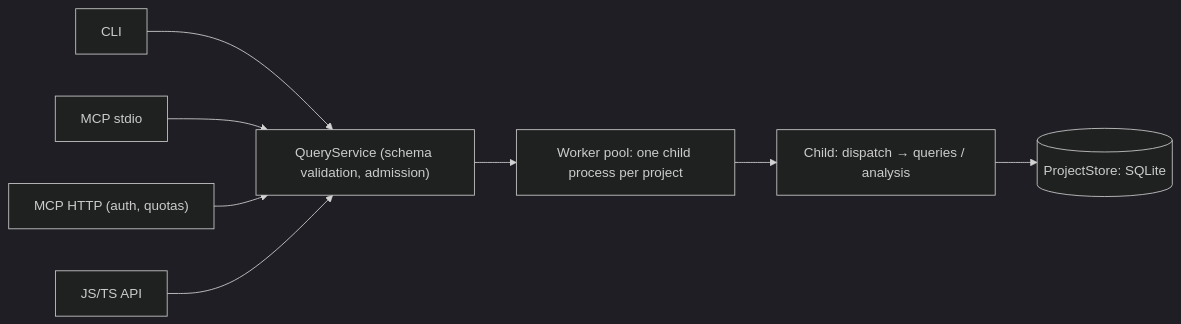
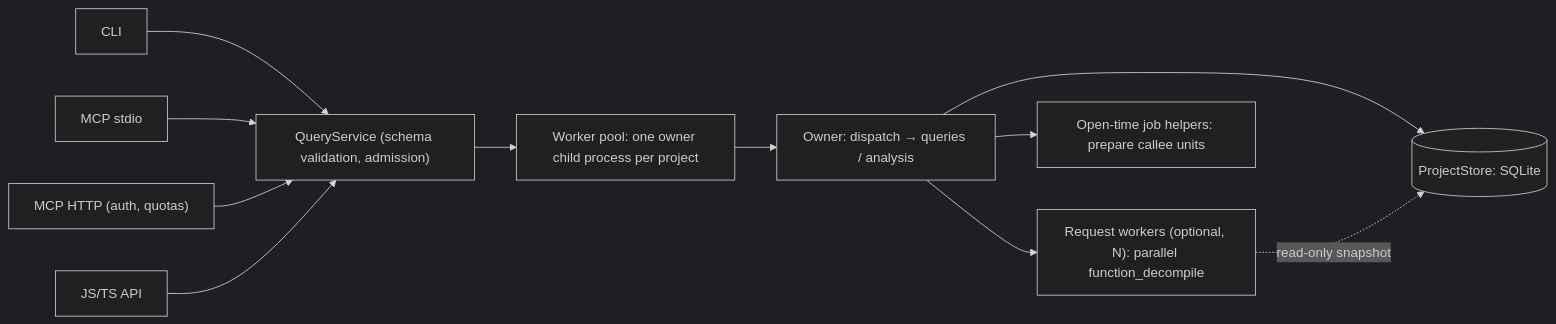
The second of 2 diagrams in docs/internals/README.md (DimitriFourny/open-decomp), drawn with Mermaid (dark theme) before and after one commit. The commit also changed other lines of this file and 19 other files, not shown here.

Commit message:
docs: sync user and internals docs to 5392ed0 (request workers, open-time job, unit store, 15 tools, versions, limits); CLI help: open-time job does not complete discovery, settings sample lists decompile.inference; comments cite project-cache §4a

````diff
--- a/docs/internals/README.md
+++ b/docs/internals/README.md
@@ -70,10 +70,13 @@
 ```mermaid
 flowchart LR
   CLI["CLI"] --> QS
   MCPs["MCP stdio"] --> QS
   MCPh["MCP HTTP (auth, quotas)"] --> QS
   API["JS/TS API"] --> QS
-  QS["QueryService (schema validation, admission)"] --> Pool["Worker pool: one child process per project"]
-  Pool --> H["Child: dispatch → queries / analysis"]
+  QS["QueryService (schema validation, admission)"] --> Pool["Worker pool: one owner child process per project"]
+  Pool --> H["Owner: dispatch → queries / analysis"]
   H --> Store[("ProjectStore: SQLite")]
+  H --> RW["Request workers (optional, N): parallel function_decompile"]
+  RW -. "read-only snapshot" .-> Store
+  H --> OJ["Open-time job helpers: prepare callee units"]
 ```
````
